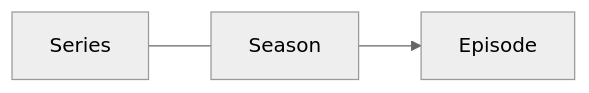
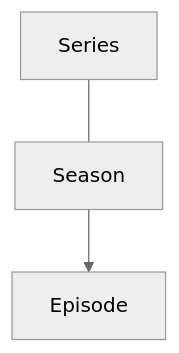
Before and after one commit to rokudev/dev-doc: the diagram in docs/THE ROKU CHANNEL/video-on-demand/delivery/metadata/index.md, drawn with Mermaid (neutral theme).

Commit message:
Update doc `metadata`

````diff
--- a/docs/THE ROKU CHANNEL/video-on-demand/delivery/metadata/index.md
+++ b/docs/THE ROKU CHANNEL/video-on-demand/delivery/metadata/index.md
@@ -35,5 +35,5 @@
 ```mermaid
-flowchart LR 
+flowchart TB 
  Series --- Season 
  Season --> Episode
 ```
````
